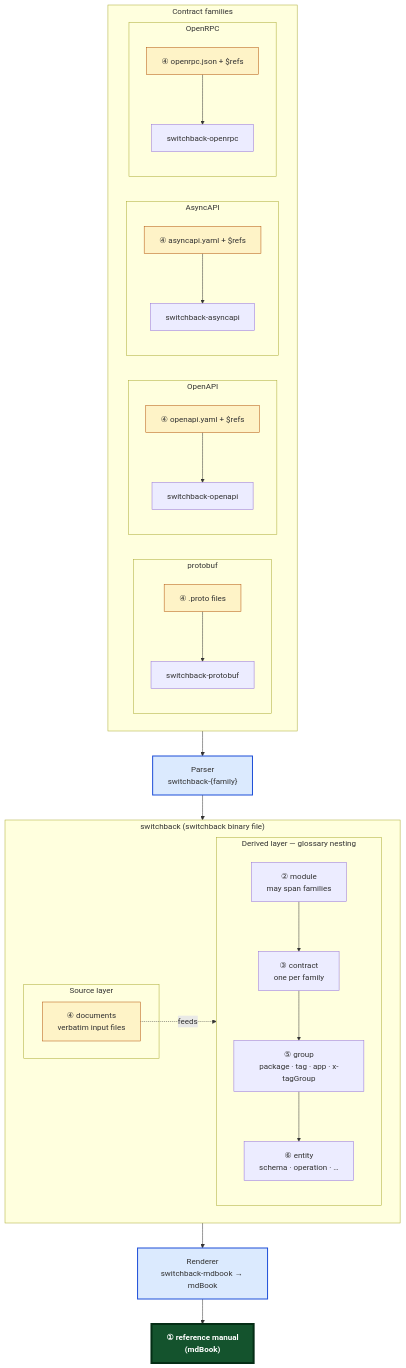
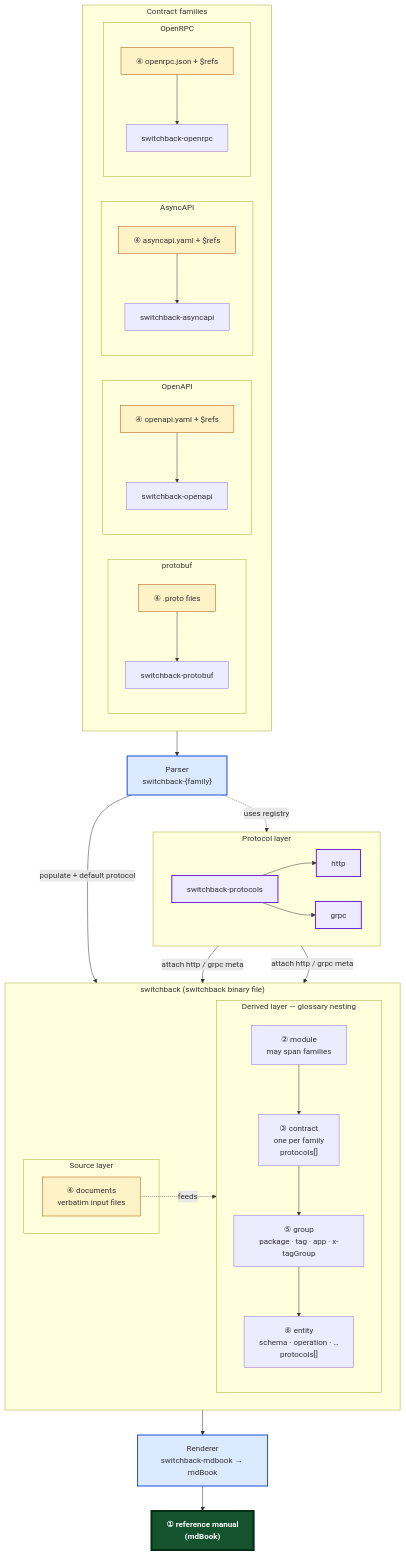
The diagram in docs/GLOSSARY.md (canardleteer/switchback-rs), drawn with Mermaid before and after one commit. The commit also changed other lines of this file and 65 other files, not shown here.

Commit message:
feat: protocol layer with http/grpc populate, streaming inference, and MethodOptions metadata

````diff
--- a/docs/GLOSSARY.md
+++ b/docs/GLOSSARY.md
@@ -14,65 +22,81 @@
 ```mermaid
 flowchart TB
   classDef outcome fill:#14532d,stroke:#052e16,stroke-width:4px,color:#fff,font-weight:bold
   classDef role fill:#dbeafe,stroke:#1d4ed8,stroke-width:2px
   classDef document fill:#fef3c7,stroke:#b45309,stroke-width:1px
+  classDef protocol fill:#ede9fe,stroke:#6d28d9,stroke-width:2px
 
   subgraph families["Contract families"]
     direction LR
 
     subgraph fam_pb["protobuf"]
       direction TB
       D1["④ .proto files"]
       L1["switchback-protobuf"]
       D1 --> L1
     end
 
     subgraph fam_o["OpenAPI"]
       direction TB
       D2["④ openapi.yaml + $refs"]
       L2["switchback-openapi"]
       D2 --> L2
     end
 
     subgraph fam_a["AsyncAPI"]
       direction TB
       D3["④ asyncapi.yaml + $refs"]
       L3["switchback-asyncapi"]
       D3 --> L3
     end
 
     subgraph fam_r["OpenRPC"]
       direction TB
       D4["④ openrpc.json + $refs"]
       L4["switchback-openrpc"]
       D4 --> L4
     end
   end
 
   parse["Parser<br/>switchback-{family}"]
 
+  subgraph protocols["Protocol layer"]
+    direction LR
+    prot_crate["switchback-protocols"]
+    http_p["http"]
+    grpc_p["grpc"]
+    prot_crate --> http_p
+    prot_crate --> grpc_p
+  end
+
   subgraph SW["switchback (switchback binary file)"]
     direction LR
     subgraph source["Source layer"]
       src["④ documents<br/>verbatim input files"]
     end
     subgraph derived["Derived layer — glossary nesting"]
       direction TB
       g2["② module<br/>may span families"]
-      g3["③ contract<br/>one per family"]
+      g3["③ contract<br/>one per family<br/>protocols[]"]
       g5["⑤ group<br/>package · tag · app · x-tagGroup"]
-      g6["⑥ entity<br/>schema · operation · …"]
+      g6["⑥ entity<br/>schema · operation · …<br/>protocols[]"]
       g2 --> g3 --> g5 --> g6
     end
     src -.->|"feeds"| g3
   end
 
   render["Renderer<br/>switchback-mdbook → mdBook"]
   g1["① reference manual<br/>(mdBook)"]
 
-  families --> parse --> SW --> render --> g1
+  families --> parse
+  parse -->|"populate + default protocol"| SW
+  protocols -->|"attach http / grpc meta"| g3
+  protocols -->|"attach http / grpc meta"| g6
+  parse -.->|"uses registry"| protocols
+  SW --> render --> g1
 
   class g1 outcome
   class parse,render role
   class D1,D2,D3,D4,src document
+  class prot_crate,http_p,grpc_p protocol
 ```
````
